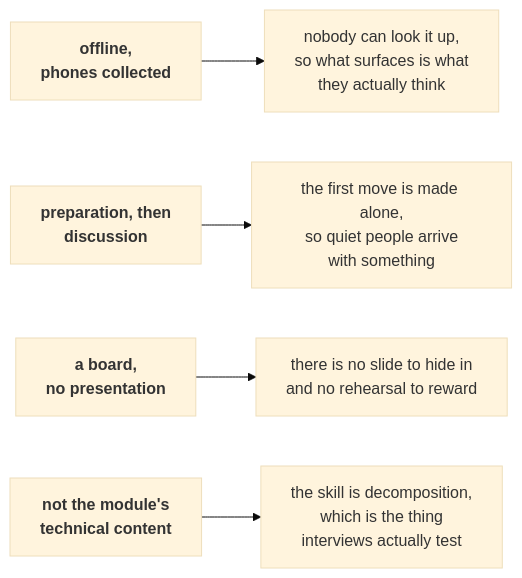
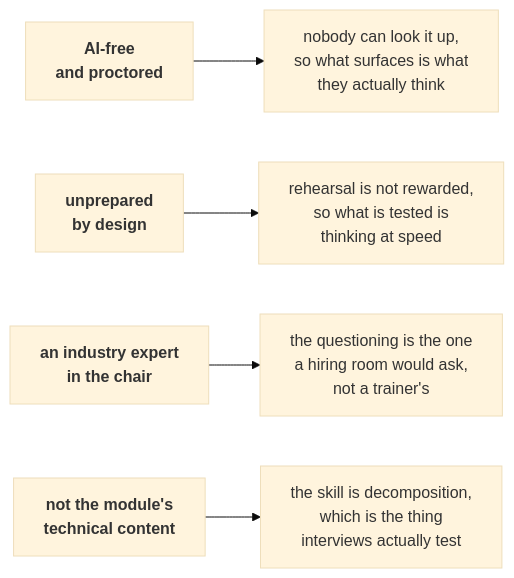
Before and after one commit to fde-academy-lab/c2-content-factory: the first of 2 diagrams in wiki/Running-a-Situation-Room.md, drawn with Mermaid (base theme). The commit also changed other lines of this file and 9 other files, not shown here.

````diff
--- a/wiki/Running-a-Situation-Room.md
+++ b/wiki/Running-a-Situation-Room.md
@@ -19,7 +27,7 @@
 ```mermaid
 flowchart LR
-    A["<b>offline,<br/>phones collected</b>"] --> A1["nobody can look it up,<br/>so what surfaces is what<br/>they actually think"]
-    B["<b>preparation, then<br/>discussion</b>"] --> B1["the first move is made alone,<br/>so quiet people arrive<br/>with something"]
-    C["<b>a board,<br/>no presentation</b>"] --> C1["there is no slide to hide in<br/>and no rehearsal to reward"]
+    A["<b>AI-free<br/>and proctored</b>"] --> A1["nobody can look it up,<br/>so what surfaces is what<br/>they actually think"]
+    B["<b>unprepared<br/>by design</b>"] --> B1["rehearsal is not rewarded,<br/>so what is tested is<br/>thinking at speed"]
+    C["<b>an industry expert<br/>in the chair</b>"] --> C1["the questioning is the one<br/>a hiring room would ask,<br/>not a trainer's"]
     D["<b>not the module's<br/>technical content</b>"] --> D1["the skill is decomposition,<br/>which is the thing<br/>interviews actually test"]
 ```
````
